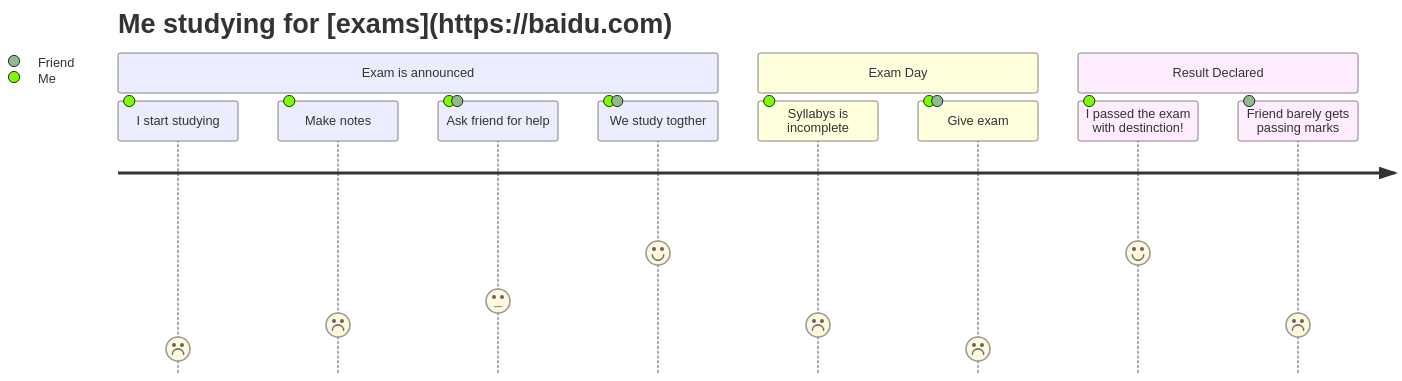
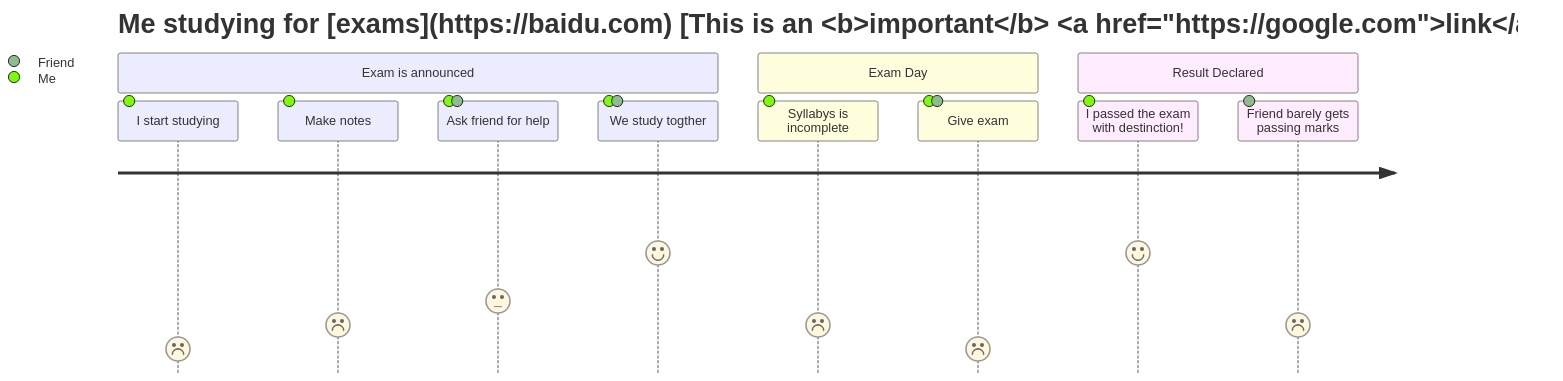
The diagram in README.md (JinLei324/station-ios), drawn with Mermaid before and after one commit.

````diff
--- a/README.md
+++ b/README.md
@@ -2,15 +2,15 @@
 ```mermaid
 journey
-	title Me studying for [exams](https://baidu.com)
+	title Me studying for [exams](https://baidu.com) [This is an <b>important</b> <a href='https://google.com'>link</a>]
 	section Exam is announced
 		I start studying: 1: Me
 		Make notes: 2: Me
 		Ask friend for help: 3: Me, Friend
 		We study togther: 5: Me, Friend
 	section Exam Day
 		Syllabys is incomplete: 2: Me
 		Give exam: 1: Me, Friend
 	section Result Declared
 		I passed the exam with destinction!: 5: Me
 		Friend barely gets passing marks: 2: Friend
 ```
````
